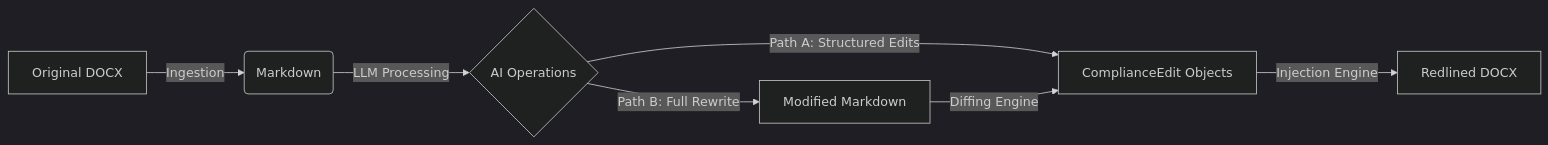
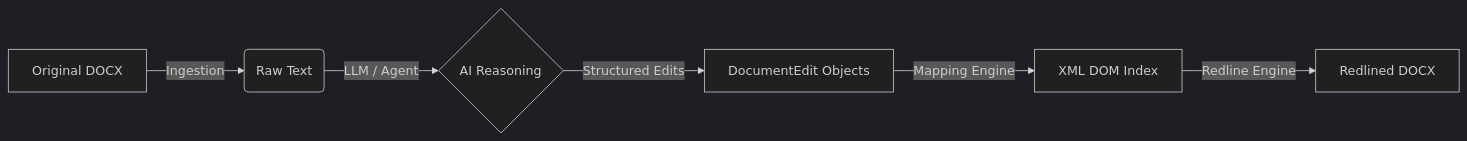
One commit to dealfluence/docx-md-docx changed the diagram in spec.md. Above: the diagram before and after it, drawn with Mermaid (dark theme). The commit also changed other lines of this file and 1 other file, not shown here.

````diff
--- a/spec.md
+++ b/spec.md
@@ -9,9 +9,8 @@
 ```mermaid
 graph LR
-    A[Original DOCX] -->|Ingestion| B(Markdown)
-    B -->|LLM Processing| C{AI Operations}
-    C -->|Path A: Structured Edits| D[ComplianceEdit Objects]
-    C -->|Path B: Full Rewrite| E[Modified Markdown]
-    E -->|Diffing Engine| D
-    D -->|Injection Engine| F[Redlined DOCX]
+    A[Original DOCX] -->|Ingestion| B(Raw Text)
+    B -->|LLM / Agent| C{AI Reasoning}
+    C -->|Structured Edits| D[DocumentEdit Objects]
+    D -->|Mapping Engine| E[XML DOM Index]
+    E -->|Redline Engine| F[Redlined DOCX]
 ```
````
